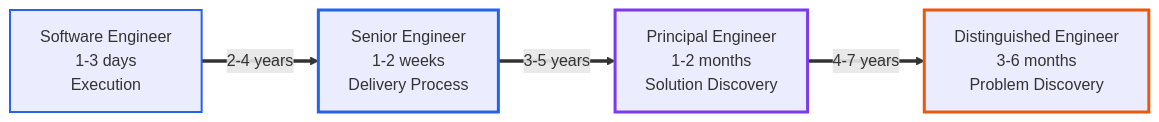
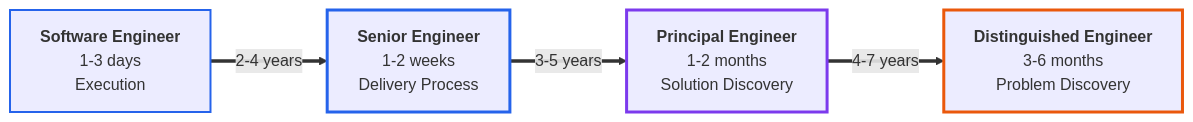
Before and after one commit to withcaldera/engineering-framework: the first of 5 diagrams in frameworks/progression-matrix.md, drawn with Mermaid. The commit also changed other lines of this file and 1 other file, not shown here.

````diff
--- a/frameworks/progression-matrix.md
+++ b/frameworks/progression-matrix.md
@@ -9,16 +9,16 @@
 ```mermaid
-graph LR
-    SE[Software Engineer<br/>1-3 days<br/>Execution]
-    Senior[Senior Engineer<br/>1-2 weeks<br/>Delivery Process]
-    Principal[Principal Engineer<br/>1-2 months<br/>Solution Discovery]
-    Distinguished[Distinguished Engineer<br/>3-6 months<br/>Problem Discovery]
-    
+flowchart LR
+    SE[<b>Software Engineer</b><br/>1-3 days<br/>Execution]
+    Senior[<b>Senior Engineer</b><br/>1-2 weeks<br/>Delivery Process]
+    Principal[<b>Principal Engineer</b><br/>1-2 months<br/>Solution Discovery]
+    Distinguished[<b>Distinguished Engineer</b><br/>3-6 months<br/>Problem Discovery]
+
     SE ==>|2-4 years| Senior
     Senior ==>|3-5 years| Principal
     Principal ==>|4-7 years| Distinguished
-    
+
     style SE stroke:#2563eb,stroke-width:2px
     style Senior stroke:#2563eb,stroke-width:3px
     style Principal stroke:#7c3aed,stroke-width:3px
     style Distinguished stroke:#ea580c,stroke-width:3px
 ```
````
